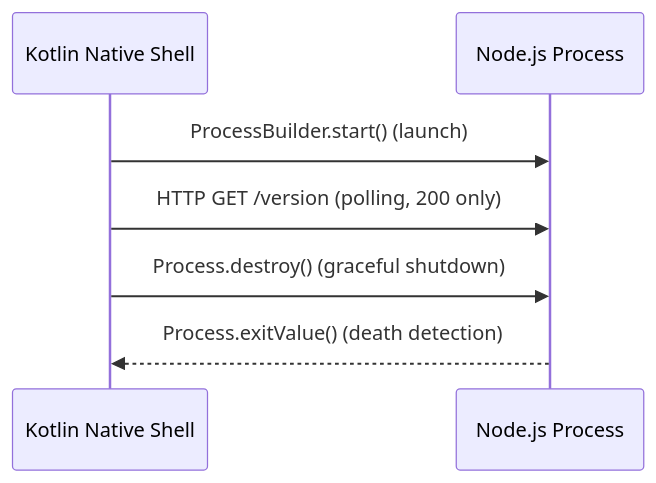
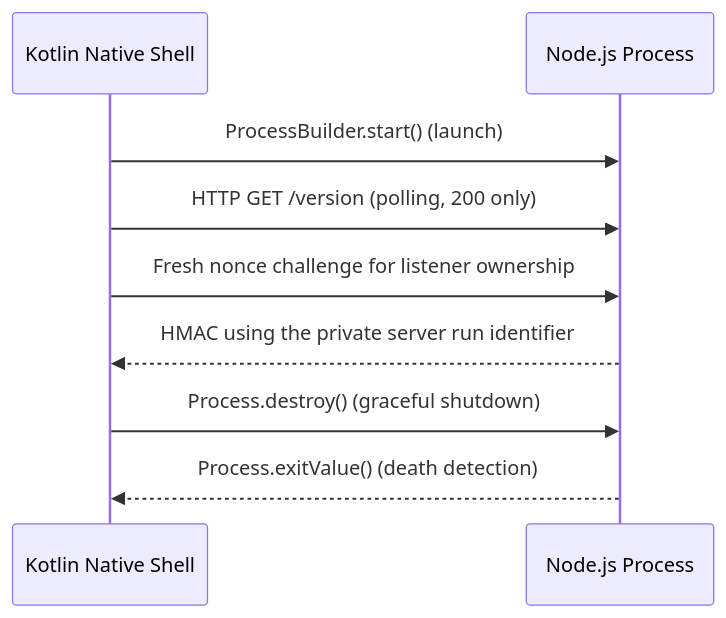
Before and after one commit to rmyndharis/VSCodroid: the seventh of 12 diagrams in docs/03-ARCHITECTURE.md, drawn with Mermaid. The commit also changed other lines of this file and 23 other files, not shown here.

````diff
--- a/docs/03-ARCHITECTURE.md
+++ b/docs/03-ARCHITECTURE.md
@@ -383,9 +383,11 @@
 ```mermaid
 sequenceDiagram
   participant K as Kotlin Native Shell
   participant N as Node.js Process
   K->>N: ProcessBuilder.start() (launch)
   K->>N: HTTP GET /version (polling, 200 only)
+  K->>N: Fresh nonce challenge for listener ownership
+  N-->>K: HMAC using the private server run identifier
   K->>N: Process.destroy() (graceful shutdown)
   N-->>K: Process.exitValue() (death detection)
 ```
````
